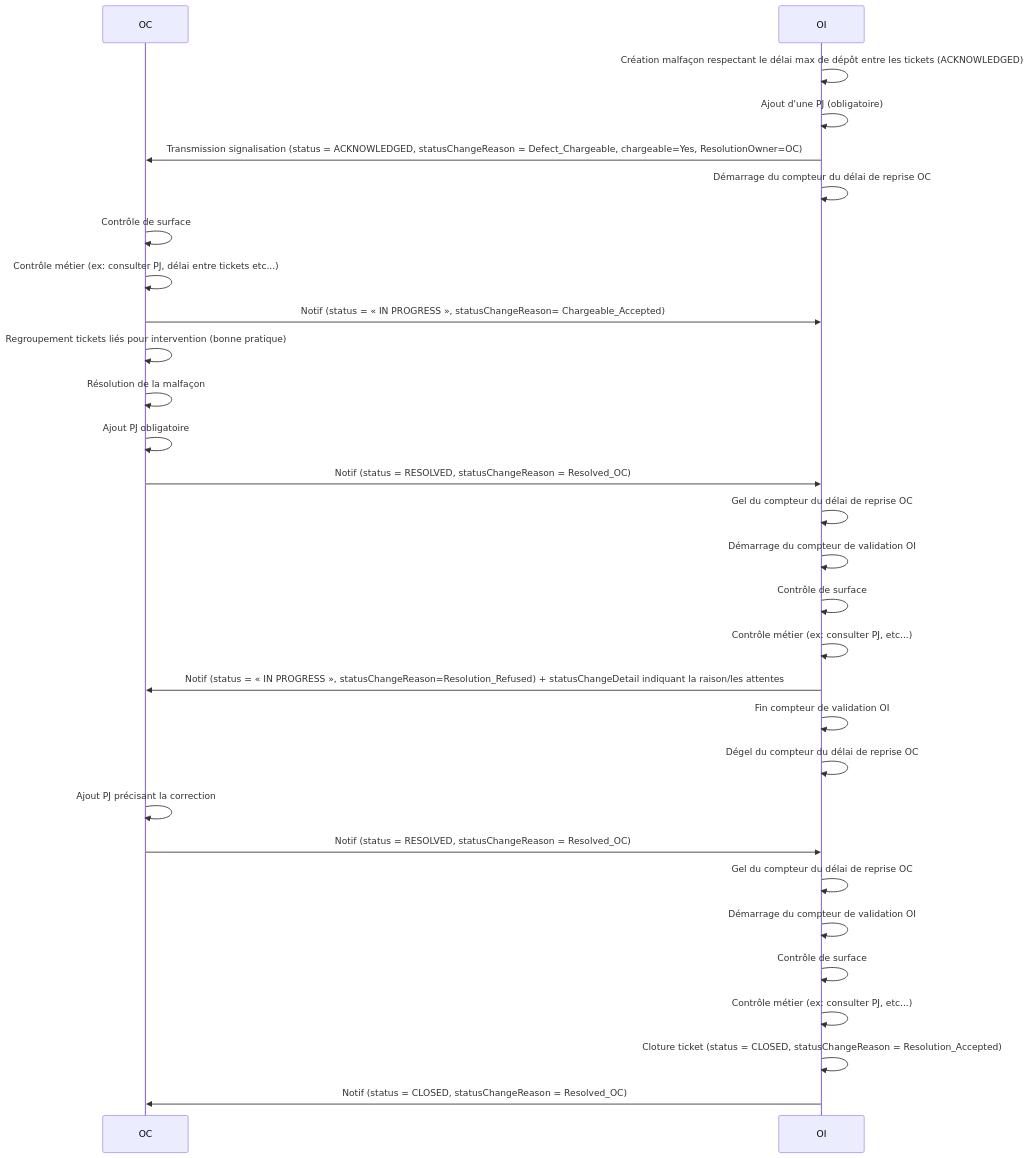
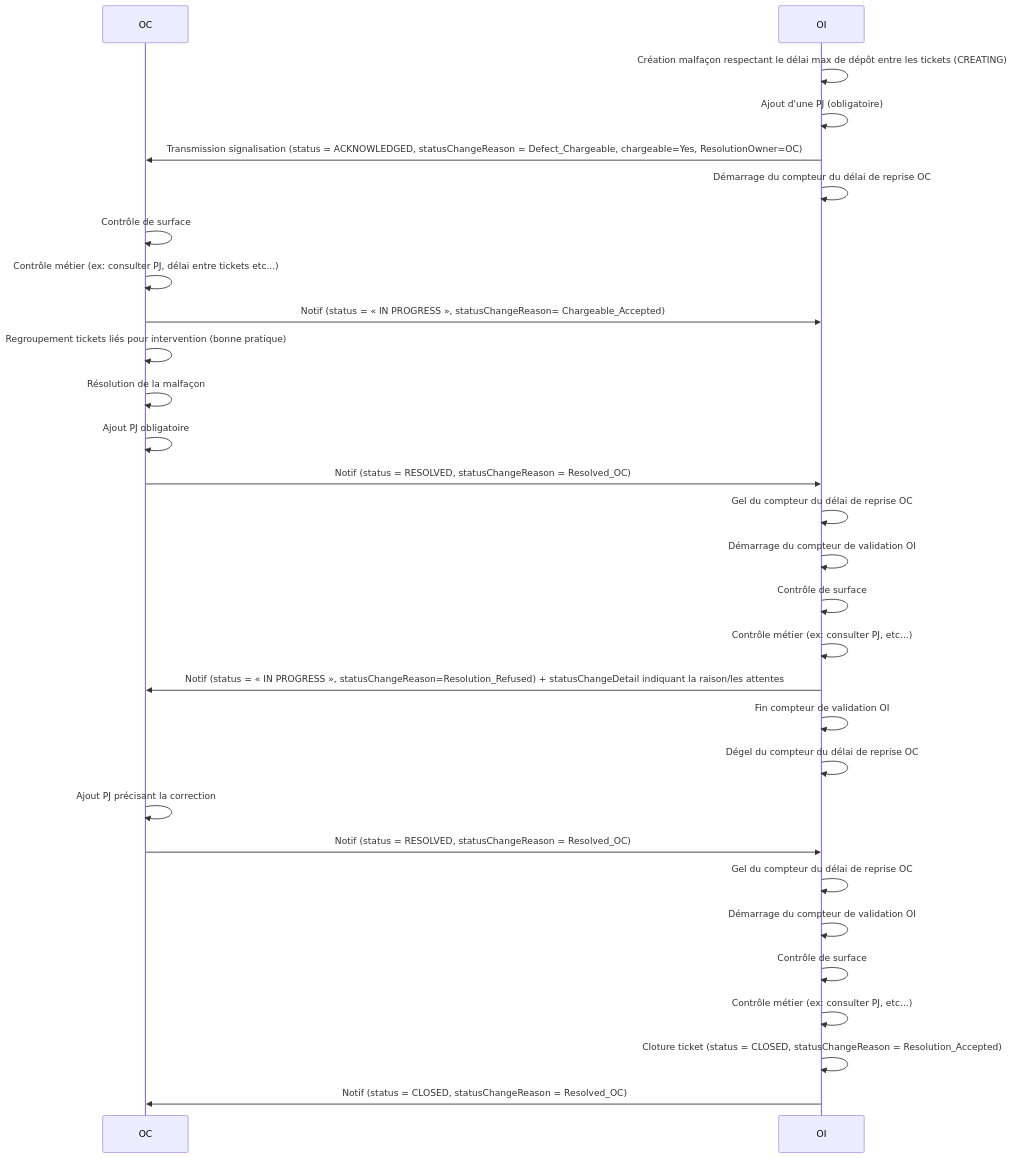
The seventh of 12 diagrams in README.md (before-interop/malfacon), drawn with Mermaid before and after one commit. The commit also changed other lines of this file and 5 other files, not shown here.

````diff
--- a/README.md
+++ b/README.md
@@ -418,33 +462,33 @@
 ```mermaid
 sequenceDiagram
 
   participant OC
   participant OI
 
-  OI->>OI: Création malfaçon respectant le délai max de dépôt entre les tickets (ACKNOWLEDGED)
+  OI->>OI: Création malfaçon respectant le délai max de dépôt entre les tickets (CREATING)
   OI->>OI: Ajout d'une PJ (obligatoire)
   OI->>OC: Transmission signalisation (status = ACKNOWLEDGED, statusChangeReason = Defect_Chargeable, chargeable=Yes, ResolutionOwner=OC)
   OI->>OI: Démarrage du compteur du délai de reprise OC
   OC->>OC: Contrôle de surface
   OC->>OC: Contrôle métier (ex: consulter PJ, délai entre tickets etc...)
-  OC->>OI: Notif (status = « IN PROGRESS », statusChangeReason= Chargeable_Accepted)
+  OC->>OI: Notif (status = « IN PROGRESS », statusChangeReason= Chargeable_Accepted)
   OC->>OC: Regroupement tickets liés pour intervention (bonne pratique)
   OC->>OC: Résolution de la malfaçon
   OC->>OC: Ajout PJ obligatoire
   OC->>OI: Notif (status = RESOLVED, statusChangeReason = Resolved_OC)
   OI->>OI: Gel du compteur du délai de reprise OC
   OI->>OI: Démarrage du compteur de validation OI
   OI->>OI: Contrôle de surface
   OI->>OI: Contrôle métier (ex: consulter PJ, etc...)
-  OI->>OC: Notif (status = « IN PROGRESS », statusChangeReason=Resolution_Refused) + statusChangeDetail indiquant la raison/les attentes
+  OI->>OC: Notif (status = « IN PROGRESS », statusChangeReason=Resolution_Refused) + statusChangeDetail indiquant la raison/les attentes
   OI->>OI: Fin compteur de validation OI
   OI->>OI: Dégel du compteur du délai de reprise OC
   OC->>OC: Ajout PJ précisant la correction
   OC->>OI: Notif (status = RESOLVED, statusChangeReason = Resolved_OC)
   OI->>OI: Gel du compteur du délai de reprise OC
   OI->>OI: Démarrage du compteur de validation OI
   OI->>OI: Contrôle de surface
   OI->>OI: Contrôle métier (ex: consulter PJ, etc...)
   OI->>OI: Cloture ticket (status = CLOSED, statusChangeReason = Resolution_Accepted)
   OI->>OC: Notif (status = CLOSED, statusChangeReason = Resolved_OC)
 ```
````
